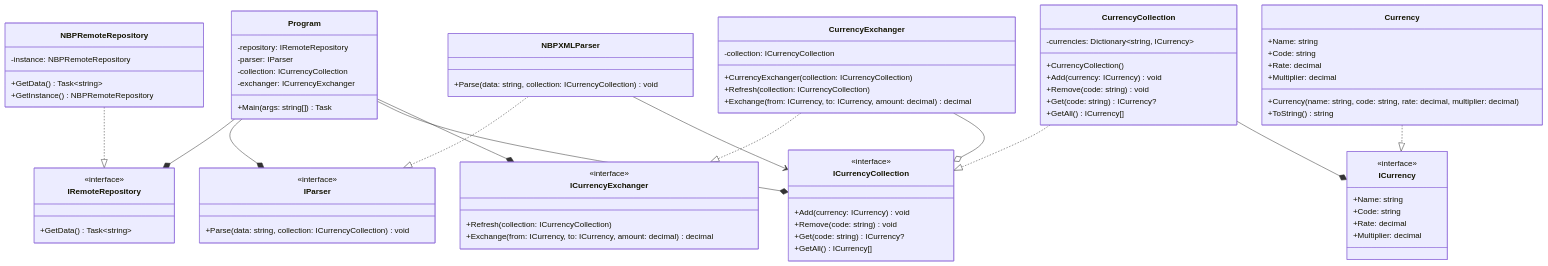
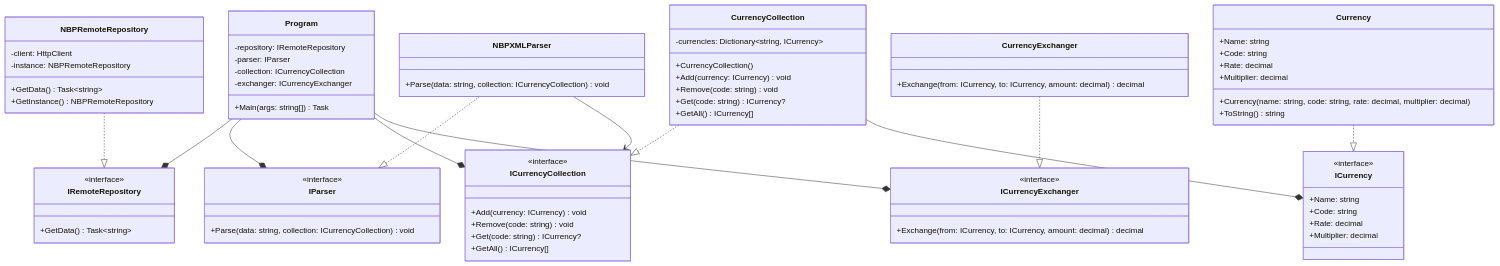
Before and after one commit to LostInTheLogs/PK-TO: the diagram in README.md, drawn with Mermaid. The commit also changed 14 other files, not shown here.

````diff
--- a/README.md
+++ b/README.md
@@ -14,6 +14,7 @@
     }
 
     class NBPRemoteRepository {
+        -client: HttpClient
         -instance: NBPRemoteRepository
         +GetData() Task~string~
         +GetInstance() NBPRemoteRepository
@@ -38,15 +39,11 @@
 
     class ICurrencyExchanger {
         <<interface>>
-        +Refresh(collection: ICurrencyCollection)
         +Exchange(from: ICurrency, to: ICurrency, amount: decimal) decimal
     }
 
 
     class CurrencyExchanger {
-        -collection: ICurrencyCollection
-        +CurrencyExchanger(collection: ICurrencyCollection)
-        +Refresh(collection: ICurrencyCollection)
         +Exchange(from: ICurrency, to: ICurrency, amount: decimal) decimal
     }
 
@@ -89,7 +86,5 @@
     CurrencyCollection ..|> ICurrencyCollection
 
     CurrencyCollection --* ICurrency
-    CurrencyExchanger --o ICurrencyCollection
     NBPXMLParser --> ICurrencyCollection
-
 ```
````
